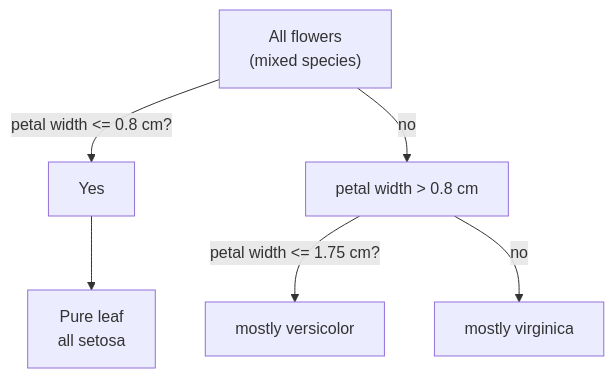
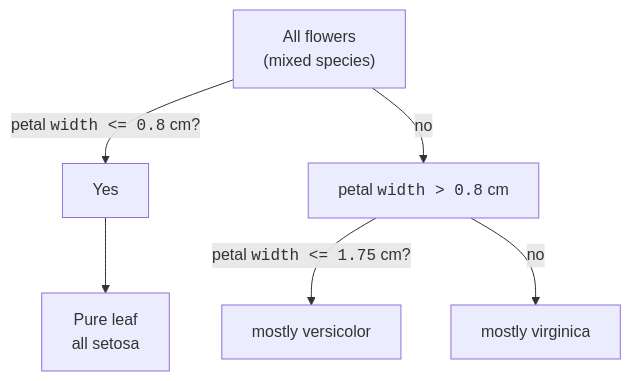
One commit to dataslope/dataslope changed the diagram in content/learn/machine-learning-scikit-learn/decision-trees.mdx. Above: the diagram before and after it, drawn with Mermaid. The commit also changed 46 other files, not shown here.

First line of the commit message:
Wrap code in mermaid edge labels + entity/table names in DB diagrams

````diff
--- a/content/learn/machine-learning-scikit-learn/decision-trees.mdx
+++ b/content/learn/machine-learning-scikit-learn/decision-trees.mdx
@@ -61,8 +61,8 @@
 ```mermaid
 flowchart TD
-    A["All flowers<br/>(mixed species)"] -->|"petal width <= 0.8 cm?"| B["Yes"]
-    A -->|"no"| C["petal width > 0.8 cm"]
+    A["All flowers<br/>(mixed species)"] -->|"petal <code>width &lt;= 0.8</code> cm?"| B["Yes"]
+    A -->|"no"| C["petal <code>width &gt; 0.8</code> cm"]
     B --> D["Pure leaf<br/>all setosa"]
-    C -->|"petal width <= 1.75 cm?"| E["mostly versicolor"]
+    C -->|"petal <code>width &lt;= 1.75</code> cm?"| E["mostly versicolor"]
     C -->|"no"| F["mostly virginica"]
 ```
````
